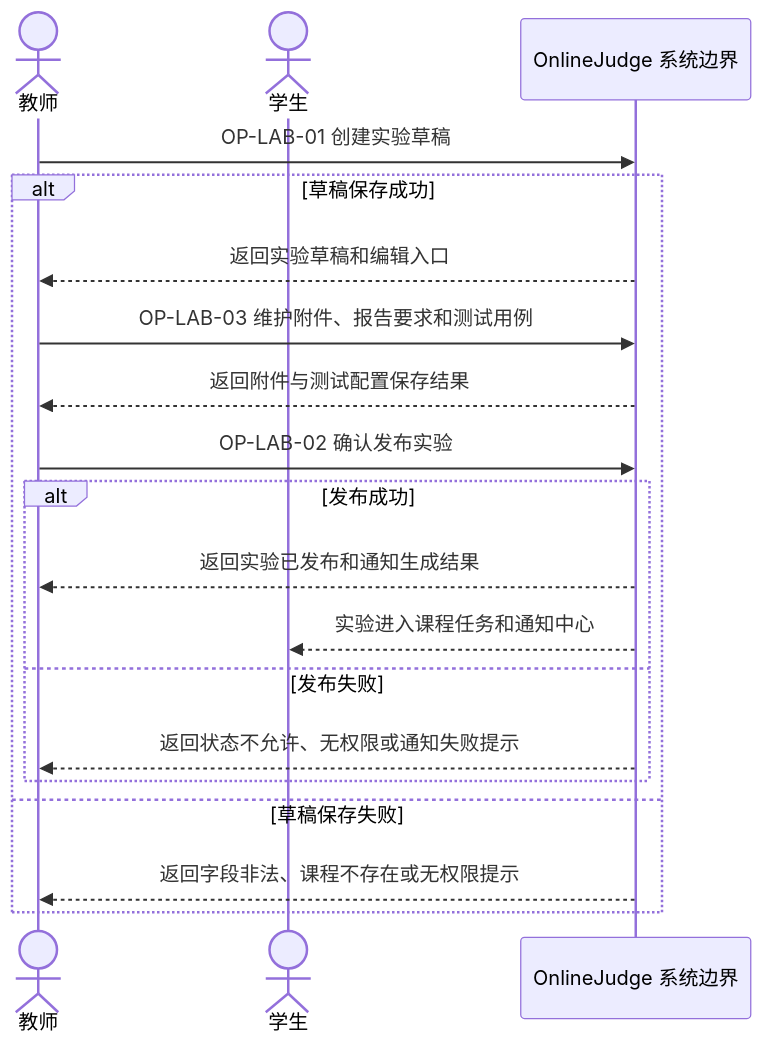
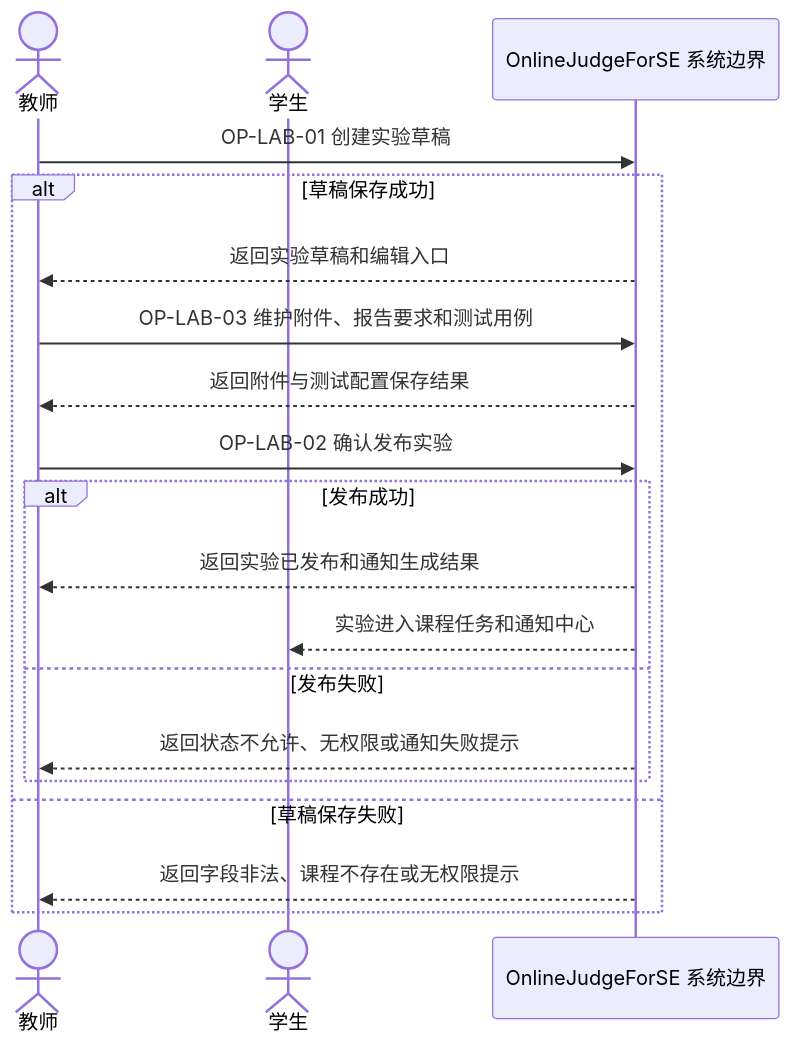
One commit to Cr4zyorange/OnlineJudge changed the ninth of 12 diagrams in docs/最终提交/软件需求规格说明书.md. Above: the diagram before and after it, drawn with Mermaid. The commit also changed other lines of this file and 32 other files, not shown here.

````diff
--- a/docs/最终提交/软件需求规格说明书.md
+++ b/docs/最终提交/软件需求规格说明书.md
@@ -1059,21 +960,21 @@
 ```mermaid
 sequenceDiagram
   actor Teacher as 教师
   actor Student as 学生
-  participant System as OnlineJudge 系统边界
+  participant System as OnlineJudgeForSE 系统边界
   Teacher->>System: OP-LAB-01 创建实验草稿
   alt 草稿保存成功
     System-->>Teacher: 返回实验草稿和编辑入口
     Teacher->>System: OP-LAB-03 维护附件、报告要求和测试用例
     System-->>Teacher: 返回附件与测试配置保存结果
     Teacher->>System: OP-LAB-02 确认发布实验
     alt 发布成功
       System-->>Teacher: 返回实验已发布和通知生成结果
       System-->>Student: 实验进入课程任务和通知中心
     else 发布失败
       System-->>Teacher: 返回状态不允许、无权限或通知失败提示
     end
   else 草稿保存失败
     System-->>Teacher: 返回字段非法、课程不存在或无权限提示
   end
 ```
````
